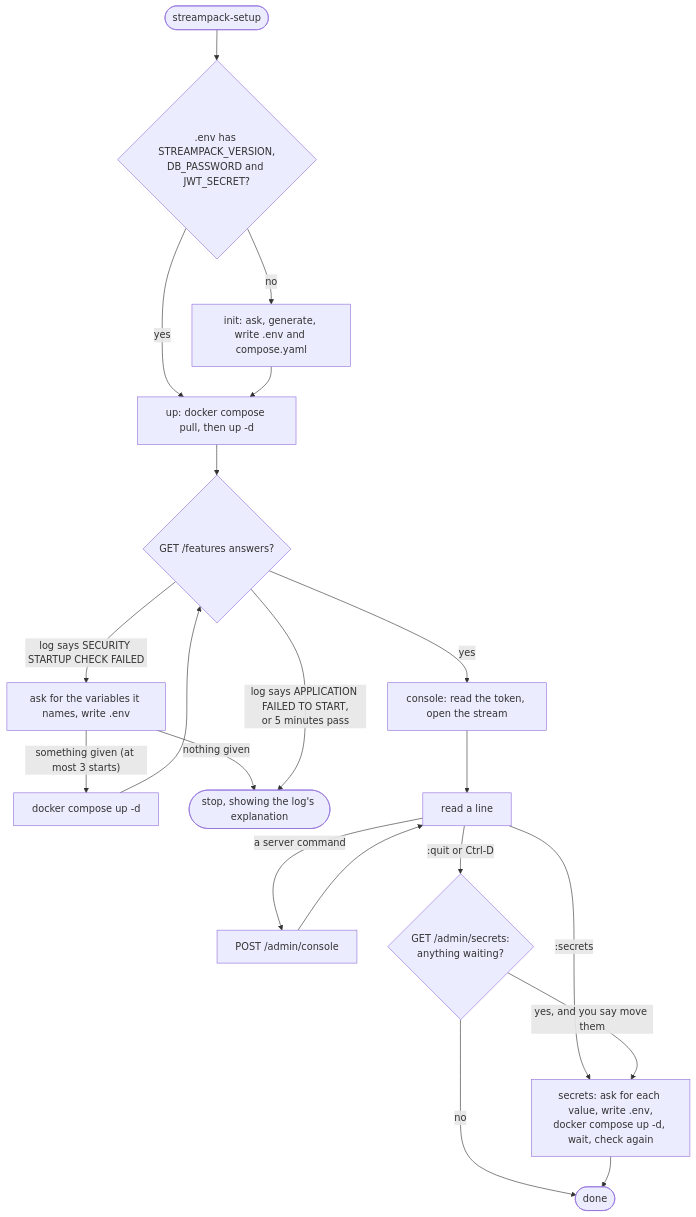
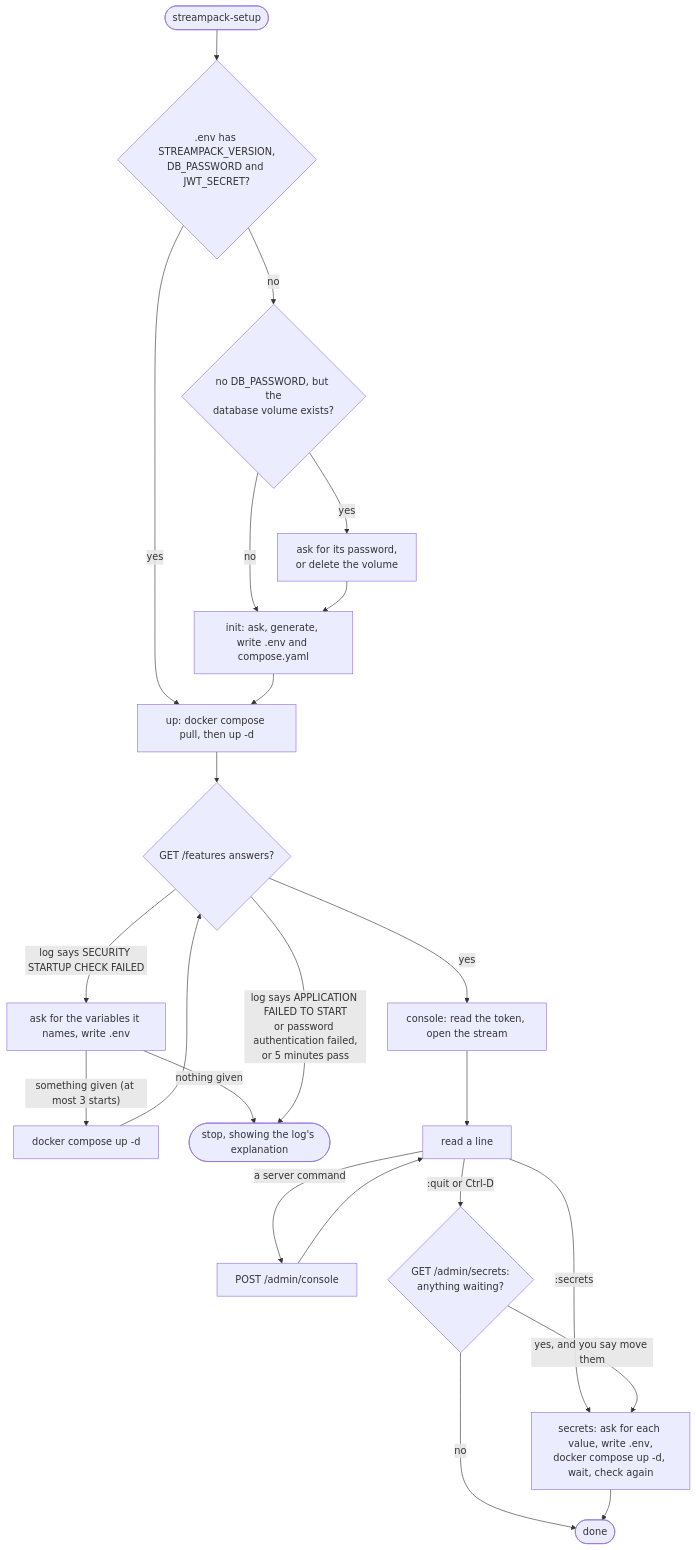
The diagram in docs/explanation/execution-flow.md (streampack-dev/setup), drawn with Mermaid before and after one commit. The commit also changed other lines of this file and 7 other files, not shown here.

First line of the commit message:
Don't generate a database password the existing database won't take (#4)

````diff
--- a/docs/explanation/execution-flow.md
+++ b/docs/explanation/execution-flow.md
@@ -5,20 +5,22 @@
 ```mermaid
 flowchart TD
     start([streampack-setup]) --> configured{".env has STREAMPACK_VERSION,<br>DB_PASSWORD and JWT_SECRET?"}
-    configured -- no --> init[init: ask, generate, write .env and compose.yaml]
+    configured -- no --> volume{"no DB_PASSWORD, but the<br>database volume exists?"}
+    volume -- "no" --> init[init: ask, generate, write .env and compose.yaml]
+    volume -- "yes" --> old["ask for its password,<br>or delete the volume"] --> init
     configured -- yes --> up
     init --> up[up: docker compose pull, then up -d]
     up --> wait{"GET /features answers?"}
     wait -- "yes" --> console[console: read the token, open the stream]
     wait -- "log says SECURITY STARTUP CHECK FAILED" --> ask[ask for the variables it names, write .env]
     ask -- "something given (at most 3 starts)" --> up2[docker compose up -d] --> wait
     ask -- "nothing given" --> stop([stop, showing the log's explanation])
-    wait -- "log says APPLICATION FAILED TO START,<br>or 5 minutes pass" --> stop
+    wait -- "log says APPLICATION FAILED TO START<br>or password authentication failed,<br>or 5 minutes pass" --> stop
     console --> loop[read a line]
     loop -- "a server command" --> submit[POST /admin/console] --> loop
     loop -- ":secrets" --> move
     loop -- ":quit or Ctrl-D" --> left{"GET /admin/secrets:<br>anything waiting?"}
     left -- no --> done([done])
     left -- "yes, and you say move them" --> move[secrets: ask for each value, write .env,<br>docker compose up -d, wait, check again]
     move --> done
 ```
````
